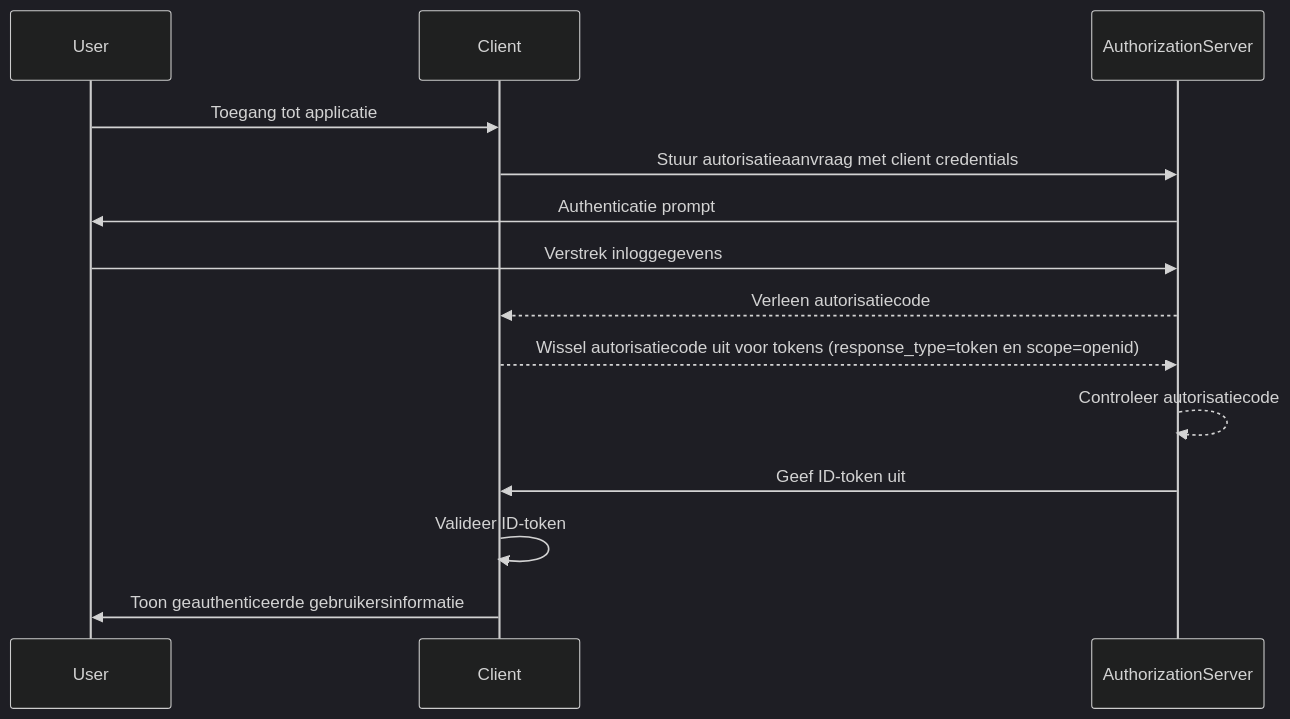
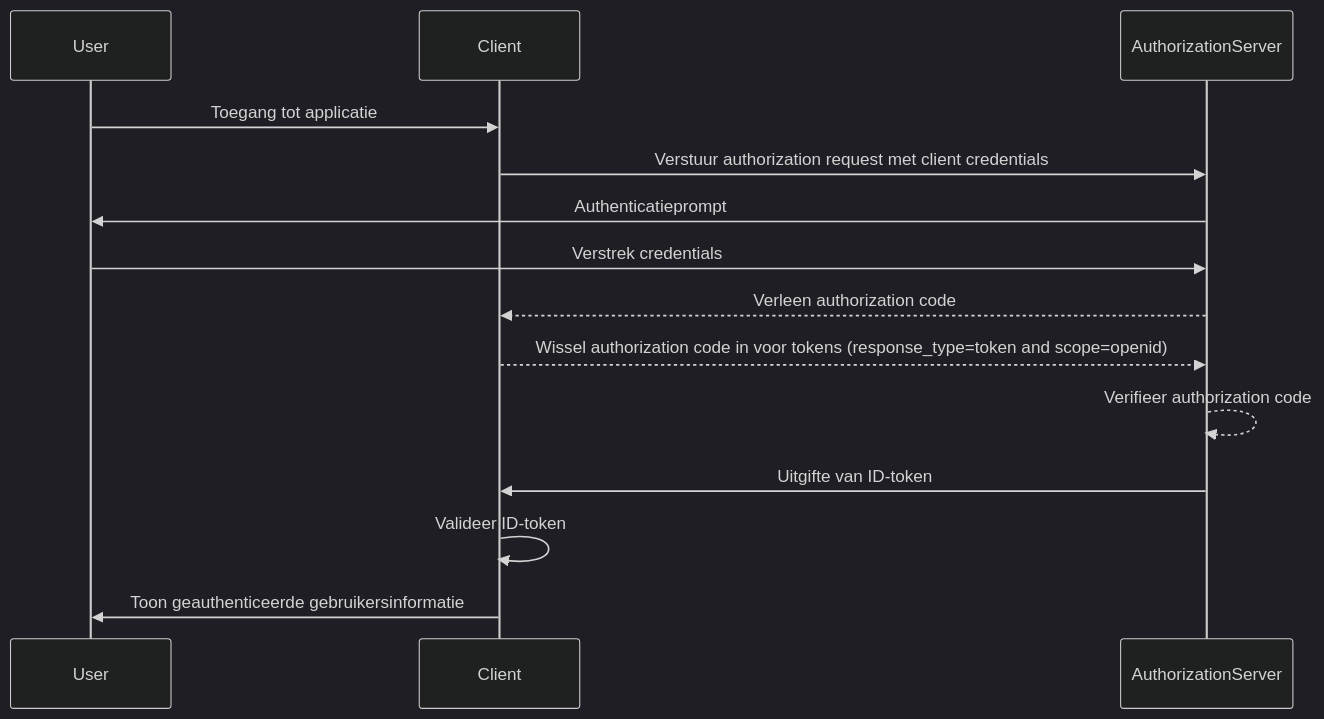
The diagram in src/content/terms/nl/id-token.mdx (logto-io/auth-wiki), drawn with Mermaid (dark theme) before and after one commit. The commit also changed other lines of this file and 48 other files, not shown here.

````diff
--- a/src/content/terms/nl/id-token.mdx
+++ b/src/content/terms/nl/id-token.mdx
@@ -19,17 +19,17 @@
 ```mermaid
 sequenceDiagram
     participant User
     participant Client
     participant AuthorizationServer
 
     User->>Client: Toegang tot applicatie
-    Client->>AuthorizationServer: Stuur autorisatieaanvraag met client credentials
-    AuthorizationServer->>User: Authenticatie prompt
-    User->>AuthorizationServer: Verstrek inloggegevens
-    AuthorizationServer-->>Client: Verleen autorisatiecode
-    Client-->>AuthorizationServer: Wissel autorisatiecode uit voor tokens (response_type=token en scope=openid)
-    AuthorizationServer-->>AuthorizationServer: Controleer autorisatiecode
-    AuthorizationServer->>Client: Geef ID-token uit
+    Client->>AuthorizationServer: Verstuur authorization request met client credentials
+    AuthorizationServer->>User: Authenticatieprompt
+    User->>AuthorizationServer: Verstrek credentials
+    AuthorizationServer-->>Client: Verleen authorization code
+    Client-->>AuthorizationServer: Wissel authorization code in voor tokens (response_type=token and scope=openid)
+    AuthorizationServer-->>AuthorizationServer: Verifieer authorization code
+    AuthorizationServer->>Client: Uitgifte van ID-token
     Client->>Client: Valideer ID-token
     Client->>User: Toon geauthenticeerde gebruikersinformatie
 ```
````
